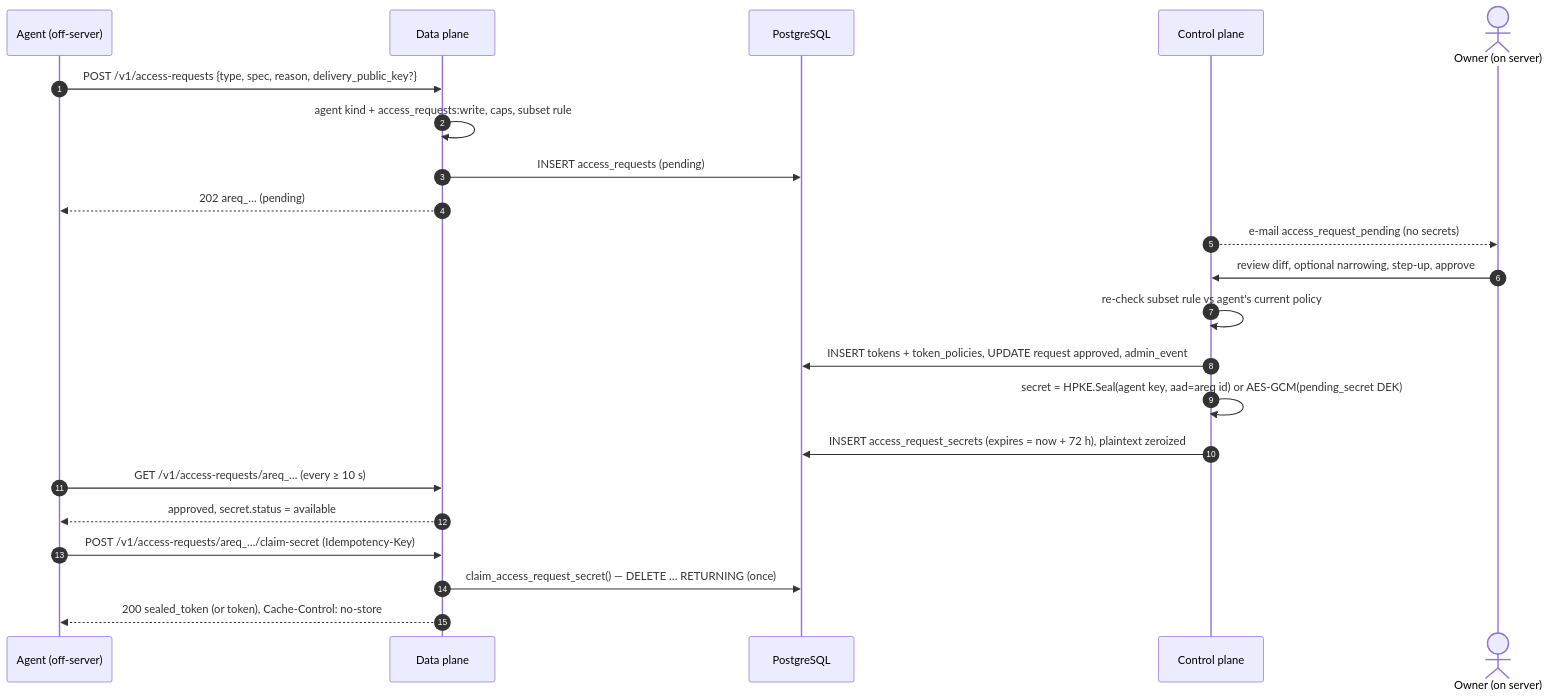
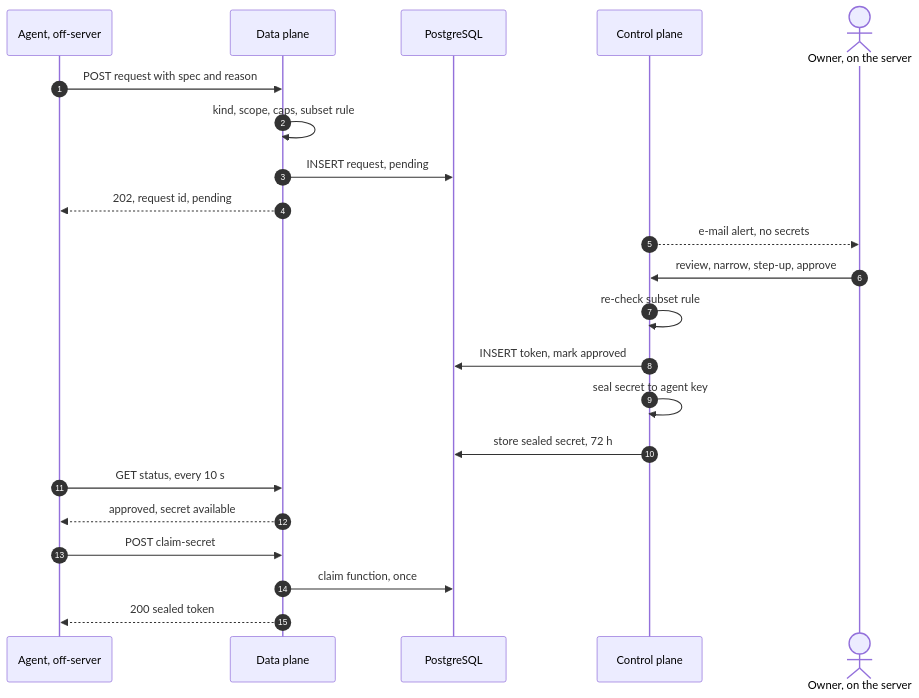
One commit to Web3Abbas/Shamel changed the third of 4 diagrams in docs/design/04-permissions-and-tokens.md. Above: the diagram before and after it, drawn with Mermaid. The commit also changed other lines of this file, not shown here.

First line of the commit message:
Apply review findings to the permissions design

````diff
--- a/docs/design/04-permissions-and-tokens.md
+++ b/docs/design/04-permissions-and-tokens.md
@@ -1190,24 +1197,24 @@
 ```mermaid
 sequenceDiagram
   autonumber
-  participant A as Agent (off-server)
+  participant A as Agent, off-server
   participant DP as Data plane
   participant PG as PostgreSQL
   participant CP as Control plane
-  actor O as Owner (on server)
-  A->>DP: POST /v1/access-requests {type, spec, reason, delivery_public_key?}
-  DP->>DP: agent kind + access_requests:write, caps, subset rule
-  DP->>PG: INSERT access_requests (pending)
-  DP-->>A: 202 areq_… (pending)
-  CP-->>O: e-mail access_request_pending (no secrets)
-  O->>CP: review diff, optional narrowing, step-up, approve
-  CP->>CP: re-check subset rule vs agent's current policy
-  CP->>PG: INSERT tokens + token_policies, UPDATE request approved, admin_event
-  CP->>CP: secret = HPKE.Seal(agent key, aad=areq id) or AES-GCM(pending_secret DEK)
-  CP->>PG: INSERT access_request_secrets (expires = now + 72 h), plaintext zeroized
-  A->>DP: GET /v1/access-requests/areq_… (every ≥ 10 s)
-  DP-->>A: approved, secret.status = available
-  A->>DP: POST /v1/access-requests/areq_…/claim-secret (Idempotency-Key)
-  DP->>PG: claim_access_request_secret() — DELETE … RETURNING (once)
-  DP-->>A: 200 sealed_token (or token), Cache-Control: no-store
+  actor O as Owner, on the server
+  A->>DP: POST request with spec and reason
+  DP->>DP: kind, scope, caps, subset rule
+  DP->>PG: INSERT request, pending
+  DP-->>A: 202, request id, pending
+  CP-->>O: e-mail alert, no secrets
+  O->>CP: review, narrow, step-up, approve
+  CP->>CP: re-check subset rule
+  CP->>PG: INSERT token, mark approved
+  CP->>CP: seal secret to agent key
+  CP->>PG: store sealed secret, 72 h
+  A->>DP: GET status, every 10 s
+  DP-->>A: approved, secret available
+  A->>DP: POST claim-secret
+  DP->>PG: claim function, once
+  DP-->>A: 200 sealed token
 ```
````
